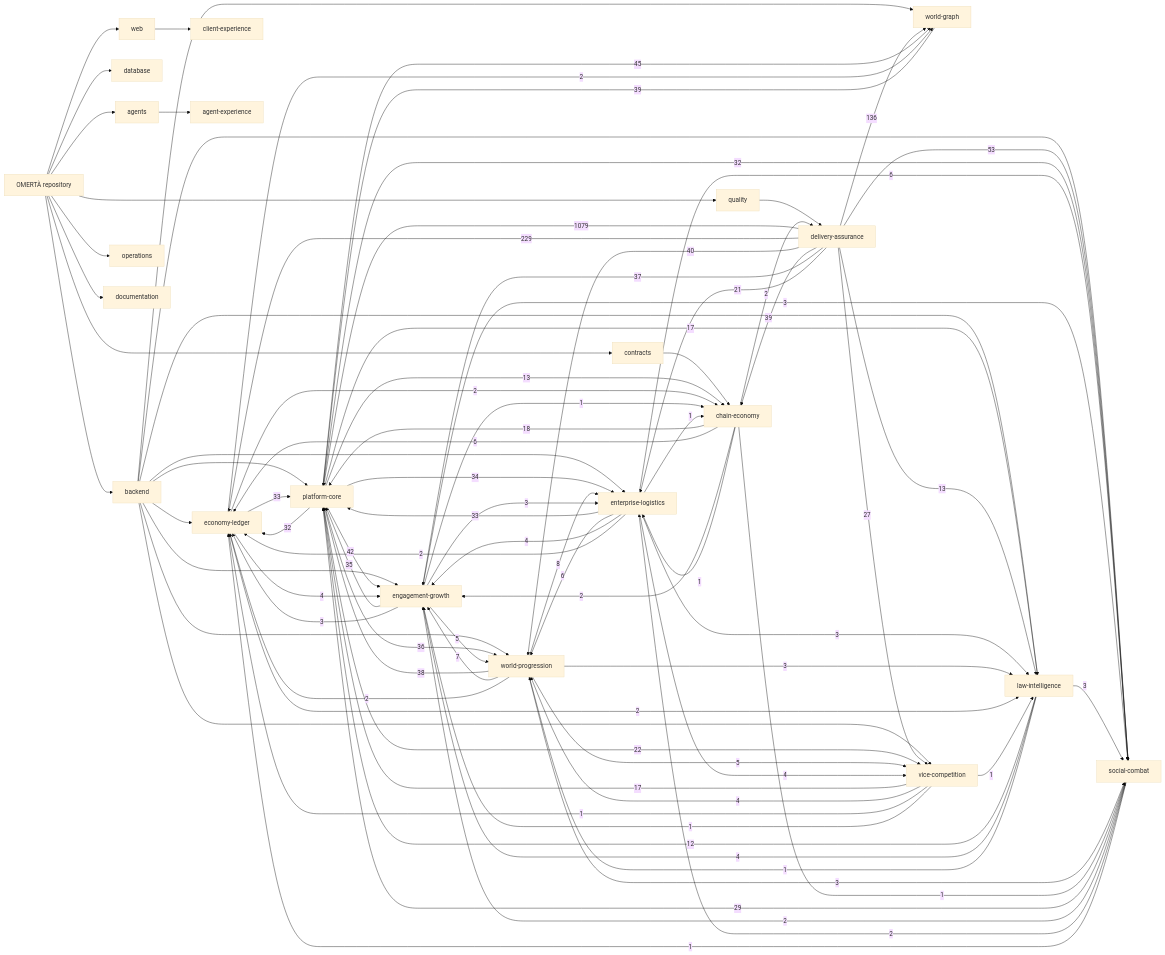
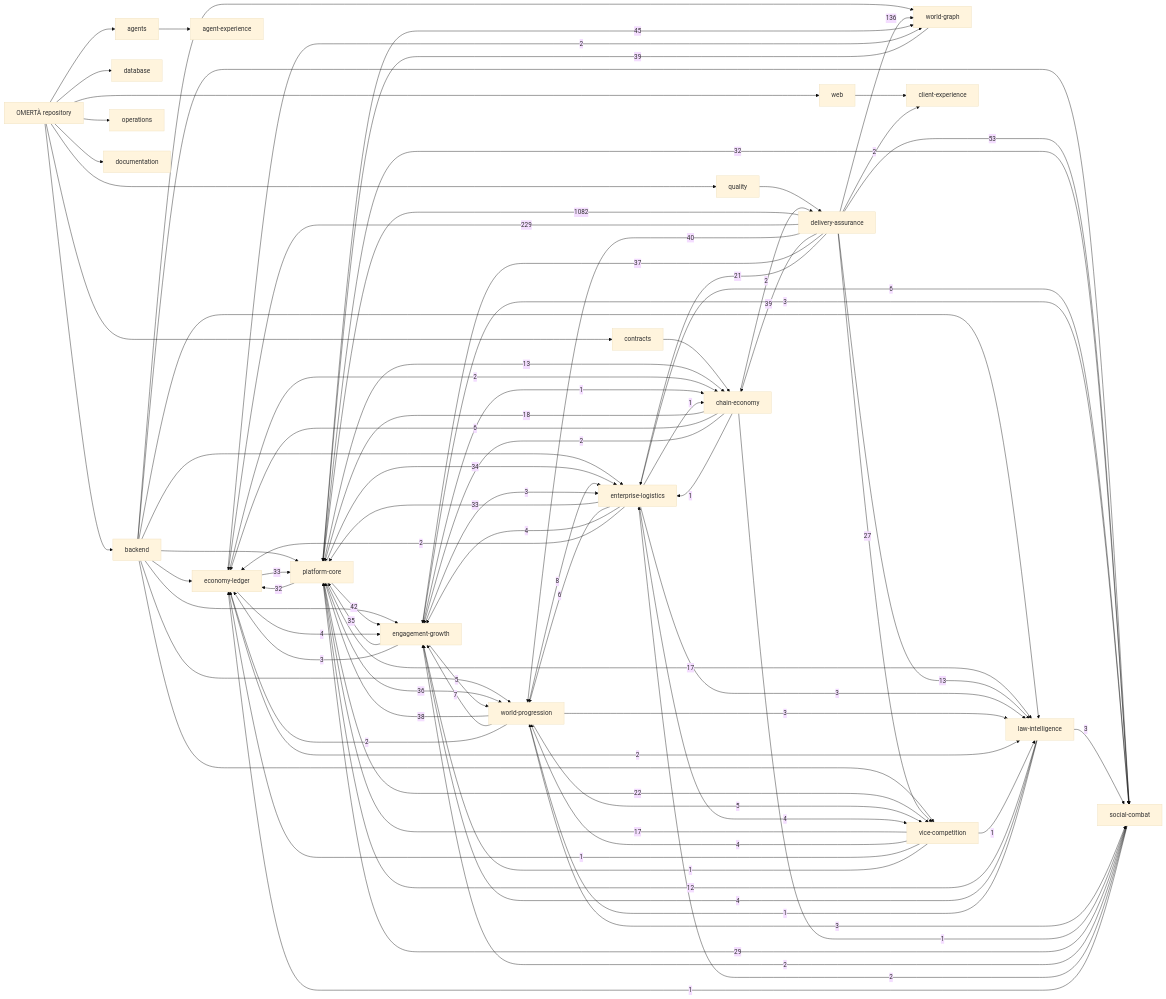
The diagram in knowledge/generated/graph.mmd (OmertaDev/Omerta), drawn with Mermaid (base theme) before and after one commit. The commit also changed 7 other files, not shown here.

```diff
--- a/knowledge/generated/graph.mmd
+++ b/knowledge/generated/graph.mmd
@@ -1,109 +1,110 @@
 flowchart LR
   repo["OMERTÀ repository"]
   sub_backend["backend"]
   repo --> sub_backend
   sub_database["database"]
   repo --> sub_database
   sub_web["web"]
   repo --> sub_web
   sub_contracts["contracts"]
   repo --> sub_contracts
   sub_agents["agents"]
   repo --> sub_agents
   sub_quality["quality"]
   repo --> sub_quality
   sub_operations["operations"]
   repo --> sub_operations
   sub_documentation["documentation"]
   repo --> sub_documentation
   dom_platform-core["platform-core"]
   dom_economy-ledger["economy-ledger"]
   dom_social-combat["social-combat"]
   dom_world-progression["world-progression"]
   dom_world-graph["world-graph"]
   dom_enterprise-logistics["enterprise-logistics"]
   dom_vice-competition["vice-competition"]
   dom_law-intelligence["law-intelligence"]
   dom_chain-economy["chain-economy"]
   dom_engagement-growth["engagement-growth"]
   dom_client-experience["client-experience"]
   dom_agent-experience["agent-experience"]
   dom_delivery-assurance["delivery-assurance"]
   sub_agents --> dom_agent-experience
   sub_backend --> dom_economy-ledger
   sub_backend --> dom_engagement-growth
   sub_backend --> dom_enterprise-logistics
   sub_backend --> dom_law-intelligence
   sub_backend --> dom_platform-core
   sub_backend --> dom_social-combat
   sub_backend --> dom_vice-competition
   sub_backend --> dom_world-graph
   sub_backend --> dom_world-progression
   sub_contracts --> dom_chain-economy
   sub_quality --> dom_delivery-assurance
   sub_web --> dom_client-experience
-  dom_delivery-assurance -->|1079| dom_platform-core
+  dom_delivery-assurance -->|1082| dom_platform-core
   dom_delivery-assurance -->|229| dom_economy-ledger
   dom_delivery-assurance -->|136| dom_world-graph
   dom_delivery-assurance -->|53| dom_social-combat
   dom_platform-core -->|45| dom_world-graph
   dom_platform-core -->|42| dom_engagement-growth
   dom_delivery-assurance -->|40| dom_world-progression
   dom_delivery-assurance -->|39| dom_chain-economy
   dom_world-graph -->|39| dom_platform-core
   dom_world-progression -->|38| dom_platform-core
   dom_delivery-assurance -->|37| dom_engagement-growth
   dom_platform-core -->|36| dom_world-progression
   dom_engagement-growth -->|35| dom_platform-core
   dom_platform-core -->|34| dom_enterprise-logistics
   dom_economy-ledger -->|33| dom_platform-core
   dom_enterprise-logistics -->|33| dom_platform-core
   dom_platform-core -->|32| dom_economy-ledger
   dom_platform-core -->|32| dom_social-combat
   dom_social-combat -->|29| dom_platform-core
   dom_delivery-assurance -->|27| dom_vice-competition
   dom_platform-core -->|22| dom_vice-competition
   dom_delivery-assurance -->|21| dom_enterprise-logistics
   dom_chain-economy -->|18| dom_platform-core
   dom_platform-core -->|17| dom_law-intelligence
   dom_vice-competition -->|17| dom_platform-core
   dom_delivery-assurance -->|13| dom_law-intelligence
   dom_platform-core -->|13| dom_chain-economy
   dom_law-intelligence -->|12| dom_platform-core
   dom_world-progression -->|8| dom_enterprise-logistics
   dom_world-progression -->|7| dom_engagement-growth
   dom_chain-economy -->|6| dom_economy-ledger
   dom_enterprise-logistics -->|6| dom_social-combat
   dom_enterprise-logistics -->|6| dom_world-progression
   dom_engagement-growth -->|5| dom_world-progression
   dom_world-progression -->|5| dom_vice-competition
   dom_economy-ledger -->|4| dom_engagement-growth
   dom_enterprise-logistics -->|4| dom_engagement-growth
   dom_enterprise-logistics -->|4| dom_vice-competition
   dom_law-intelligence -->|4| dom_engagement-growth
   dom_vice-competition -->|4| dom_world-progression
   dom_engagement-growth -->|3| dom_economy-ledger
   dom_engagement-growth -->|3| dom_enterprise-logistics
   dom_engagement-growth -->|3| dom_social-combat
   dom_enterprise-logistics -->|3| dom_law-intelligence
   dom_law-intelligence -->|3| dom_social-combat
   dom_world-progression -->|3| dom_law-intelligence
   dom_world-progression -->|3| dom_social-combat
   dom_chain-economy -->|2| dom_delivery-assurance
   dom_chain-economy -->|2| dom_engagement-growth
+  dom_delivery-assurance -->|2| dom_client-experience
   dom_economy-ledger -->|2| dom_chain-economy
   dom_economy-ledger -->|2| dom_law-intelligence
   dom_economy-ledger -->|2| dom_world-graph
   dom_enterprise-logistics -->|2| dom_economy-ledger
   dom_social-combat -->|2| dom_engagement-growth
   dom_social-combat -->|2| dom_enterprise-logistics
   dom_world-progression -->|2| dom_economy-ledger
   dom_chain-economy -->|1| dom_enterprise-logistics
   dom_chain-economy -->|1| dom_social-combat
   dom_engagement-growth -->|1| dom_chain-economy
   dom_enterprise-logistics -->|1| dom_chain-economy
   dom_law-intelligence -->|1| dom_world-progression
   dom_social-combat -->|1| dom_economy-ledger
   dom_vice-competition -->|1| dom_economy-ledger
   dom_vice-competition -->|1| dom_engagement-growth
   dom_vice-competition -->|1| dom_law-intelligence
```
